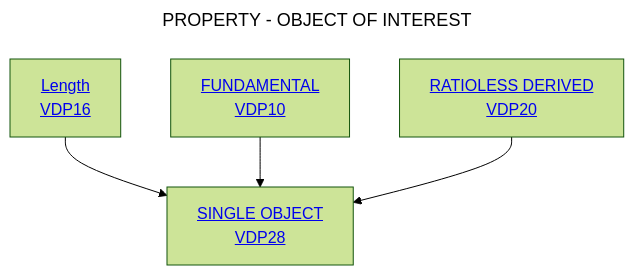
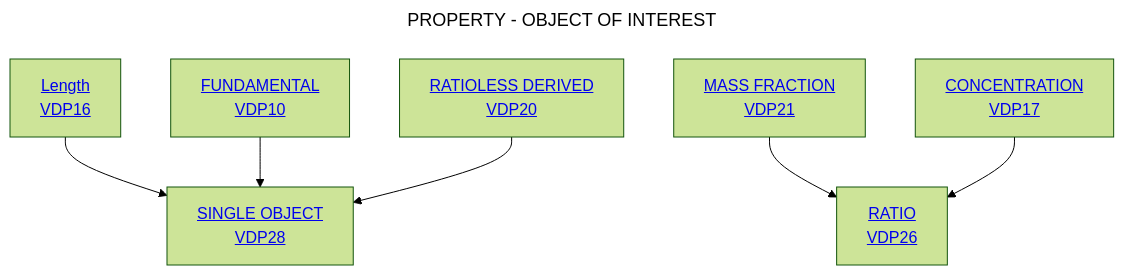
The diagram in Decisition_trees/DT6.mmd (mabablue/I-ADOPT-patterns-playground), drawn with Mermaid (forest theme) before and after one commit.

```diff
--- a/Decisition_trees/DT6.mmd
+++ b/Decisition_trees/DT6.mmd
@@ -1,7 +1,9 @@
 ---
 title: PROPERTY - OBJECT OF INTEREST
 ---
 flowchart TD
     A[<a href='https://github.com/mabablue/I-ADOPT-patterns-playground/blob/main/pattern/VDP16.yaml'>Length <br> VDP16</a>] --> C[<a href='https://github.com/mabablue/I-ADOPT-patterns-playground/blob/main/pattern/VDP16.yaml'>SINGLE OBJECT <br> VDP28</a>]
     B[<a href='https://github.com/mabablue/I-ADOPT-patterns-playground/blob/main/pattern/VDP10.yaml'>FUNDAMENTAL <br> VDP10</a>]  --> C
     D[<a href='https://github.com/mabablue/I-ADOPT-patterns-playground/blob/main/pattern/VDP10.yaml'>RATIOLESS DERIVED <br> VDP20</a>] --> C
+    E[<a href='https://github.com/mabablue/I-ADOPT-patterns-playground/blob/main/pattern/VDP10.yaml'>MASS FRACTION <br> VDP21</a>] --> F[<a href='https://github.com/mabablue/I-ADOPT-patterns-playground/blob/main/pattern/VDP16.yaml'>RATIO <br> VDP26</a>]
+    G[<a href='https://github.com/mabablue/I-ADOPT-patterns-playground/blob/main/pattern/VDP10.yaml'>CONCENTRATION <br> VDP17</a>] --> F
```
